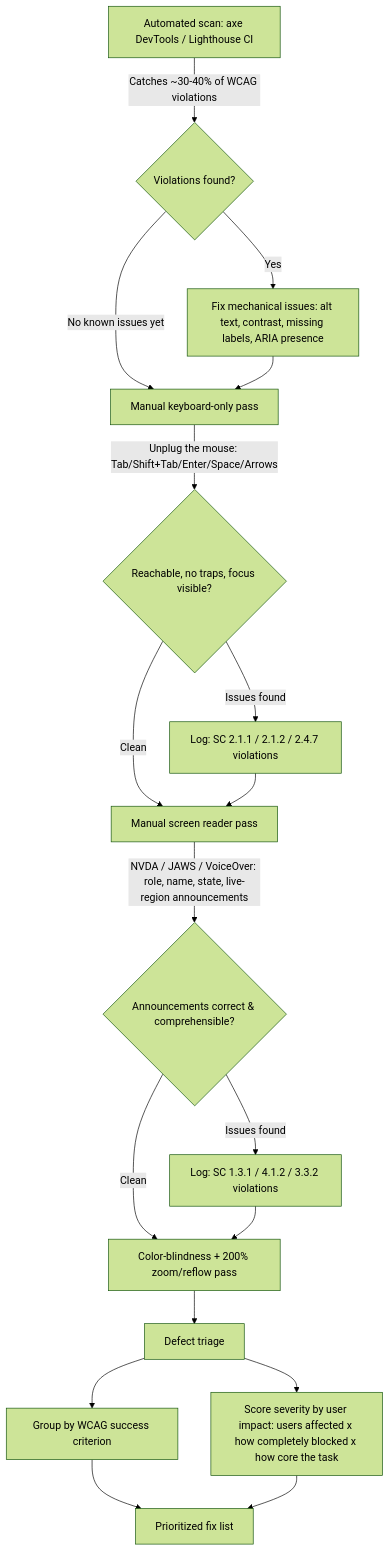
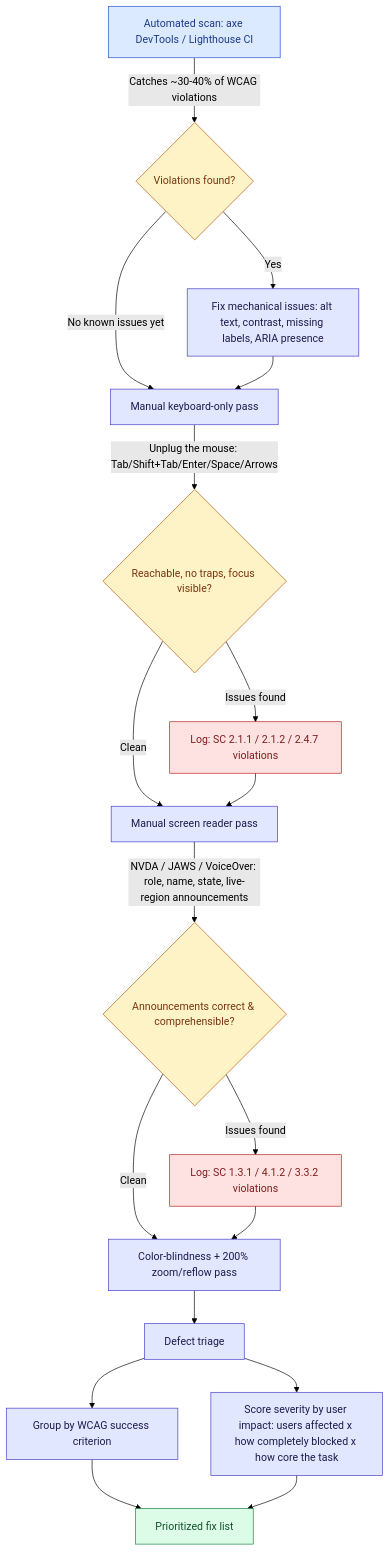
One commit to ghanendra-sdet/non-functional-testing-playbook changed the diagram in Part_07_Accessibility_Testing.md. Above: the diagram before and after it, drawn with Mermaid (forest theme). The commit also changed other lines of this file and 15 other files, not shown here.

Commit message:
Fix ToC anchors and theme re-render; update to OWASP 2025, WCAG 2.2, PCI DSS 4.0.1; style diagrams

````diff
--- a/Part_07_Accessibility_Testing.md
+++ b/Part_07_Accessibility_Testing.md
@@ -470,20 +495,31 @@
 ```mermaid
 graph TD
     A[Automated scan: axe DevTools / Lighthouse CI] -->|Catches ~30-40% of WCAG violations| B{Violations found?}
     B -->|Yes| C[Fix mechanical issues: alt text, contrast, missing labels, ARIA presence]
     B -->|No known issues yet| D[Manual keyboard-only pass]
     C --> D
     D -->|Unplug the mouse: Tab/Shift+Tab/Enter/Space/Arrows| E{Reachable, no traps, focus visible?}
     E -->|Issues found| F[Log: SC 2.1.1 / 2.1.2 / 2.4.7 violations]
     E -->|Clean| G[Manual screen reader pass]
     F --> G
     G -->|NVDA / JAWS / VoiceOver: role, name, state, live-region announcements| H{Announcements correct & comprehensible?}
     H -->|Issues found| I[Log: SC 1.3.1 / 4.1.2 / 3.3.2 violations]
     H -->|Clean| J[Color-blindness + 200% zoom/reflow pass]
     I --> J
     J --> K[Defect triage]
     K --> L[Group by WCAG success criterion]
     K --> M[Score severity by user impact: users affected x how completely blocked x how core the task]
     L --> N[Prioritized fix list]
     M --> N
+
+    classDef start fill:#dbeafe,stroke:#1d4ed8,color:#1e3a8a
+    classDef step fill:#e0e7ff,stroke:#4338ca,color:#1e1b4b
+    classDef decision fill:#fef3c7,stroke:#b45309,color:#78350f
+    classDef good fill:#dcfce7,stroke:#15803d,color:#14532d
+    classDef bad fill:#fee2e2,stroke:#b91c1c,color:#7f1d1d
+    class A start
+    class B,E,H decision
+    class C,D,G,J,K,L,M step
+    class F,I bad
+    class N good
 ```
````
